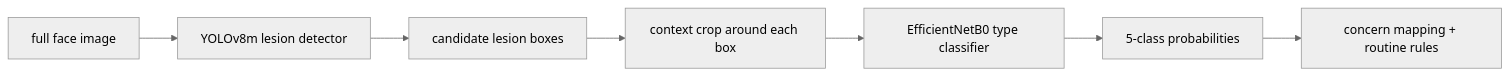
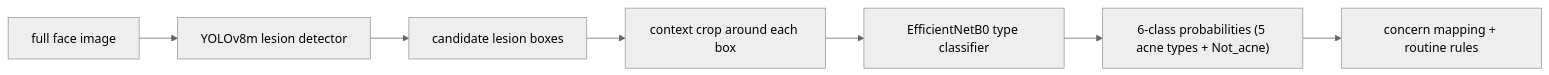
One commit to Kumario1/skinscan changed the diagram in README.md. Above: the diagram before and after it, drawn with Mermaid (neutral theme). The commit also changed other lines of this file and 1 other file, not shown here.

First line of the commit message:
docs: README — Not_acne retrain results; reject 99.7%, macro-F1 0.92, phantom fixed (#5)

````diff
--- a/README.md
+++ b/README.md
@@ -14,9 +16,9 @@
 ```mermaid
 flowchart LR
     I["full face image"] --> D["YOLOv8m lesion detector"]
     D --> B["candidate lesion boxes"]
     B --> C["context crop around each box"]
     C --> E["EfficientNetB0 type classifier"]
-    E --> P["5-class probabilities"]
+    E --> P["6-class probabilities (5 acne types + Not_acne)"]
     P --> R["concern mapping + routine rules"]
 ```
````
